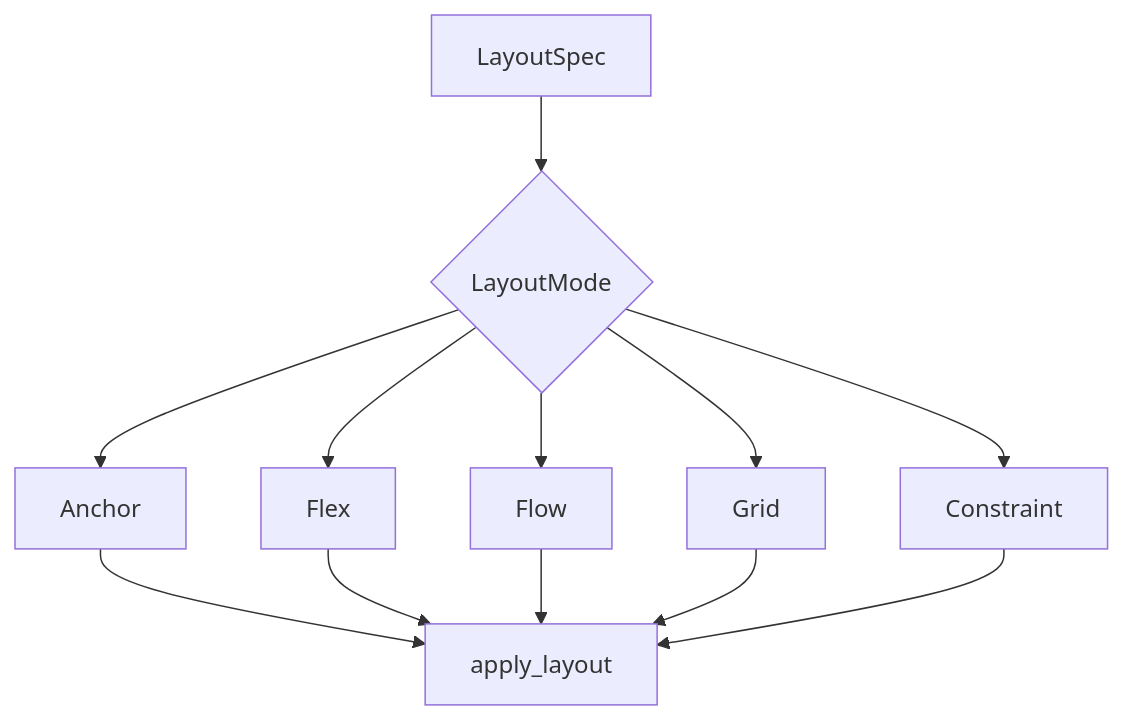
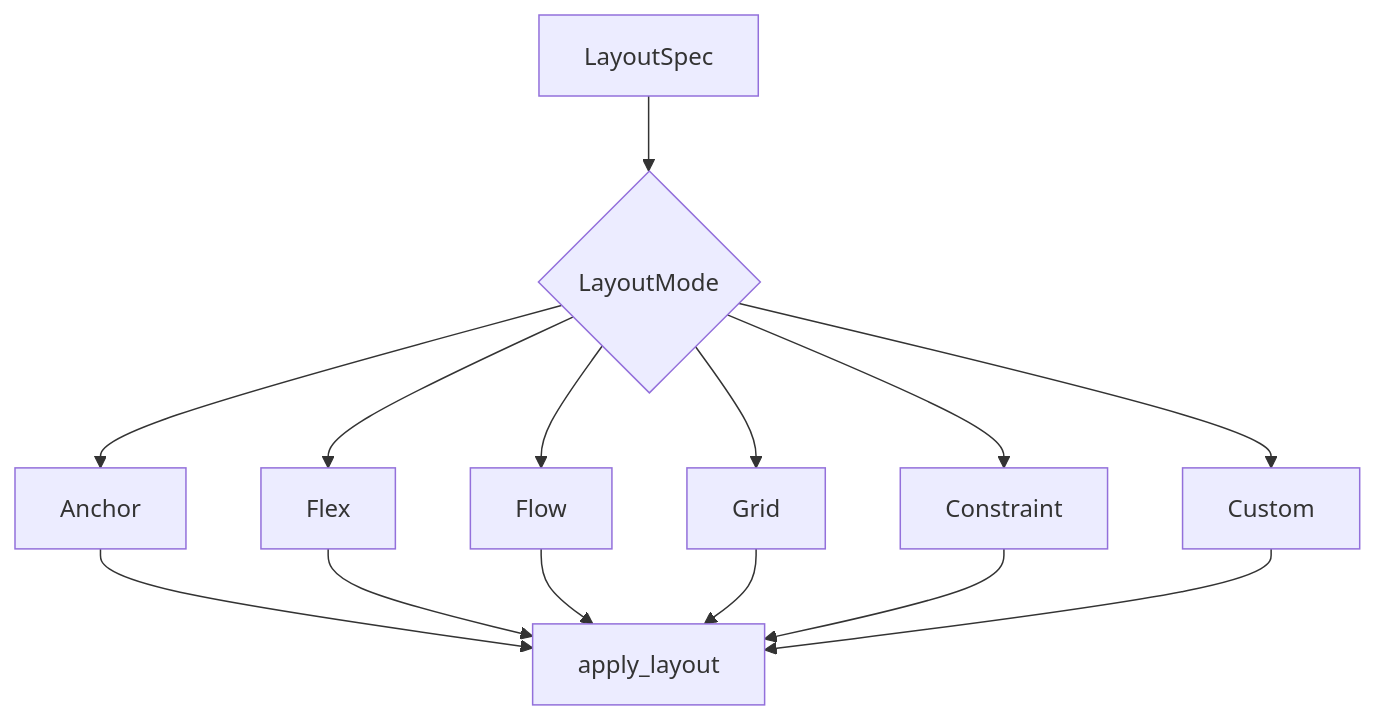
One commit to Little-Red-Cap/Charm-os changed the sixth of 9 diagrams in Modules/ui/vivid/ARCHITECTURE.md. Above: the diagram before and after it, drawn with Mermaid. The commit also changed other lines of this file and 18 other files, not shown here.

````diff
--- a/Modules/ui/vivid/ARCHITECTURE.md
+++ b/Modules/ui/vivid/ARCHITECTURE.md
@@ -115,14 +117,16 @@
 ```mermaid
 flowchart TB
   LayoutSpec[LayoutSpec] --> Switch{LayoutMode}
   Switch --> Anchor[Anchor]
   Switch --> Flex[Flex]
   Switch --> Flow[Flow]
   Switch --> Grid[Grid]
   Switch --> Constraint[Constraint]
+  Switch --> Custom[Custom]
   Anchor --> Apply[apply_layout]
   Flex --> Apply
   Flow --> Apply
   Grid --> Apply
   Constraint --> Apply
+  Custom --> Apply
 ```
````
